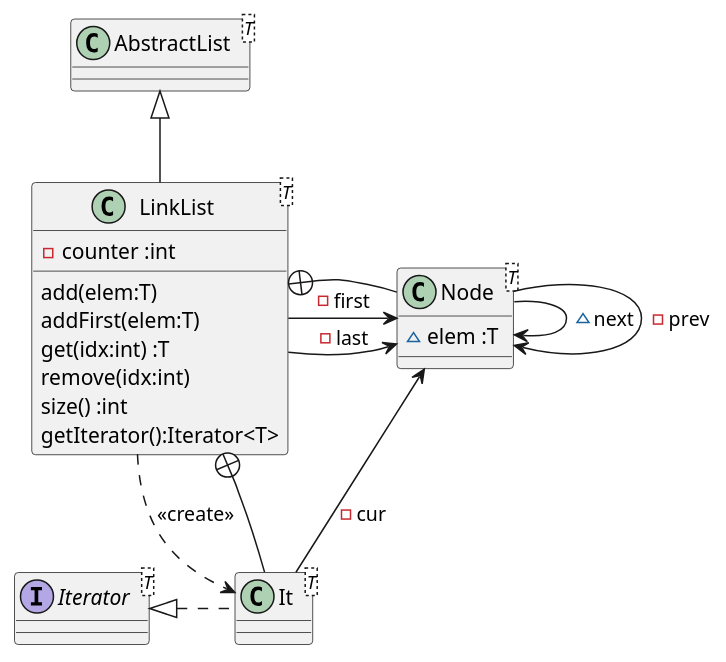
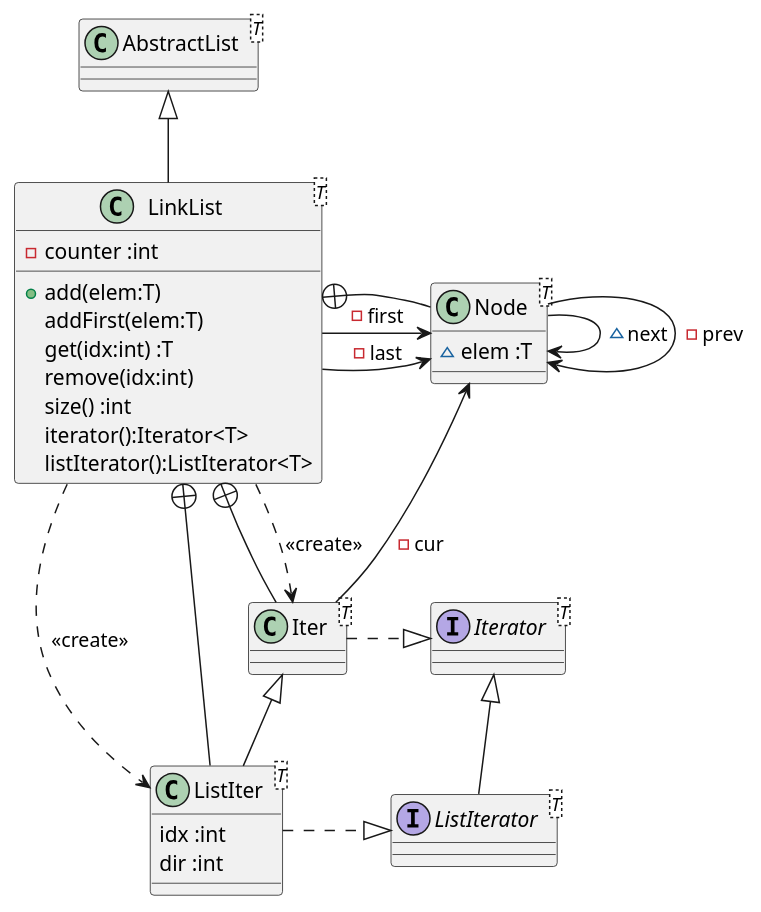
The diagram in List/out/production/List/isel/poo/list/LinkList.puml (isel-leic-poo/20-21-1-LI21N), drawn with PlantUML before and after one commit. The commit also changed 8 other files, not shown here.

```diff
--- a/List/out/production/List/isel/poo/list/LinkList.puml
+++ b/List/out/production/List/isel/poo/list/LinkList.puml
@@ -1,44 +1,56 @@
 @startuml
+
+'hide circles
+'skinparam classAttributeIconSize 0
 
 class AbstractList<T>
 
 class LinkList<T> {
   '-first :Node
   -counter :int
-  add(elem:T)
+  +add(elem:T)
   addFirst(elem:T)
   get(idx:int) :T
   remove(idx:int)
   size() :int
-  getIterator():Iterator<T>
+  iterator():Iterator<T>
+  listIterator():ListIterator<T>
 }
-LinkList ..> It : <<create>>
+LinkList ..> Iter : <<create>>
+LinkList ..> ListIter : <<create>>
 AbstractList <|-- LinkList
 
-interface Iterator<T> {
+interface Iterator<T>
+interface ListIterator<T>
+
+class Iter<T> {
    '+hasNext():boolean
-   '+next():T
+   '+next():int
 }
 
-class It<T> {
-   '+hasNext():boolean
-   '+next():int
+class ListIter<T> {
+    idx :int
+    dir :int
 }
 
 class Node<T> {
   ~elem :T
   '~next :Node
 }
 
-Node <- It : -cur
+Node <- Iter : -cur
 Node -> Node : ~next
 Node -> Node : -prev
 'LinkList ..> IntIterator
 LinkList +- Node : "  "
 LinkList -> Node : -first
 LinkList -> Node : -last
-LinkList +-- It
+LinkList +-- Iter : "   "
+LinkList +-- ListIter
 
-Iterator <|. It : "      "
+Iter .|> Iterator : "      "
+Iterator <|-- ListIterator
+ListIter .|> ListIterator : "      "
+Iter <|-- ListIter
 
 @enduml
```
